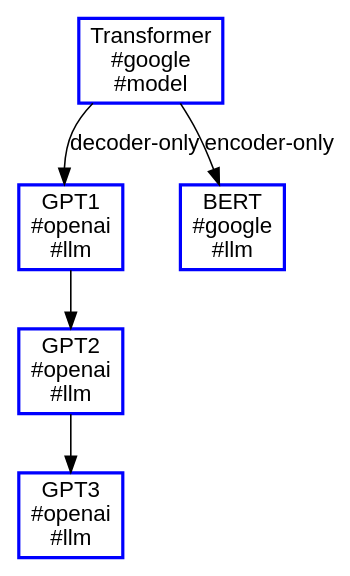
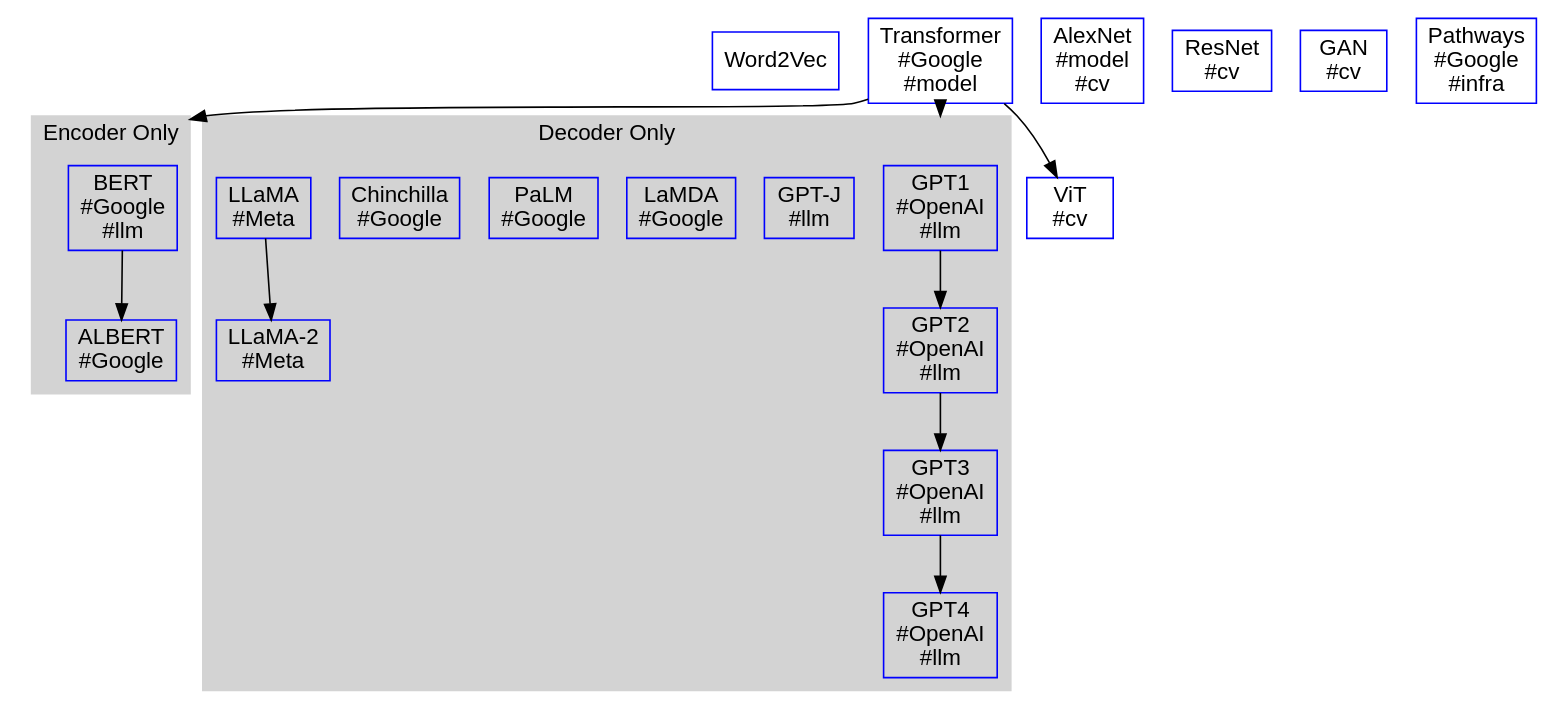
One commit to jiangjy1982/learning-materials changed the diagram in README.dot. Above: the diagram before and after it, drawn with Graphviz.

Commit message:
more paper

```diff
--- a/README.dot
+++ b/README.dot
@@ -1,26 +1,71 @@
 digraph G {
-  comment="http://magjac.com/graphviz-visual-editor/"
-  fontname="Helvetica,Arial,sans-serif"
-  node [fontname="Helvetica,Arial,sans-serif", shape=box, color=blue, style=bold]
-  edge [fontname="Helvetica,Arial,sans-serif"]
+    comment="http://magjac.com/graphviz-visual-editor/"
+    compound = true;
+    fontname="Helvetica,Arial,sans-serif"
+    node [fontname="Helvetica,Arial,sans-serif", shape=box, color=blue]
+    edge [fontname="Helvetica,Arial,sans-serif"]
 
-  I1 [label="Transformer\n#google\n#model",
-      url="https://arxiv.org/abs/1706.03762"];
 
-  I2 [label="GPT1\n#openai\n#llm",
-      url="https://paperswithcode.com/paper/improving-language-understanding-by"];
+    word2vec [label="Word2Vec"];
 
-  I3 [label="GPT2\n#openai\n#llm",
-      url="https://paperswithcode.com/paper/language-models-are-unsupervised-multitask"];
+    transformer [label="Transformer\n#Google\n#model"];
 
-  I4 [label="GPT3\n#openai\n#llm",
-      url="https://paperswithcode.com/method/gpt-3"];
+    bert [label="BERT\n#Google\n#llm"];
 
-  I5 [label="BERT\n#google\n#llm",
-      url="https://paperswithcode.com/method/bert"];
+    albert [label="ALBERT\n#Google"];
 
-  I1 -> I2 [label="decoder-only"]
-  I2 -> I3
-  I3 -> I4
-  I1 -> I5 [label="encoder-only"];
+    gpt1 [label="GPT1\n#OpenAI\n#llm"];
+
+    gpt2 [label="GPT2\n#OpenAI\n#llm"];
+
+    gpt3 [label="GPT3\n#OpenAI\n#llm"];
+
+    gpt4 [label="GPT4\n#OpenAI\n#llm"];
+
+    gptj [label="GPT-J\n#llm"];
+
+    lambda [label="LaMDA\n#Google"];
+
+    palm [label="PaLM\n#Google"];
+
+    chinchilla [label="Chinchilla\n#Google"];
+
+    llama [label="LLaMA\n#Meta"];
+
+    llama2 [label="LLaMA-2\n#Meta"];
+
+    alexnet [label="AlexNet\n#model\n#cv"];
+  
+    resnet [label="ResNet\n#cv"];
+  
+    gan [label="GAN\n#cv"];
+  
+    vit [label="ViT\n#cv"];
+  
+    pathways [label="Pathways\n#Google\n#infra"];
+  
+    subgraph cluster0 {
+        label = "Encoder Only";
+        style = filled;
+        color = lightgrey;
+
+        bert albert;
+    }
+
+    subgraph cluster1 {
+        label = "Decoder Only";
+        style = filled;
+        color = lightgrey;
+
+        gpt1 gpt2 gpt3 gpt4 gptj;
+        lambda palm chinchilla;
+        llama llama2;
+    }
+
+    transformer -> gpt1 [lhead=cluster1];
+    gpt1 -> gpt2 -> gpt3 -> gpt4;
+    transformer -> bert [lhead=cluster0];
+    bert -> albert;
+    llama -> llama2;
+    transformer -> vit;
 }
```
